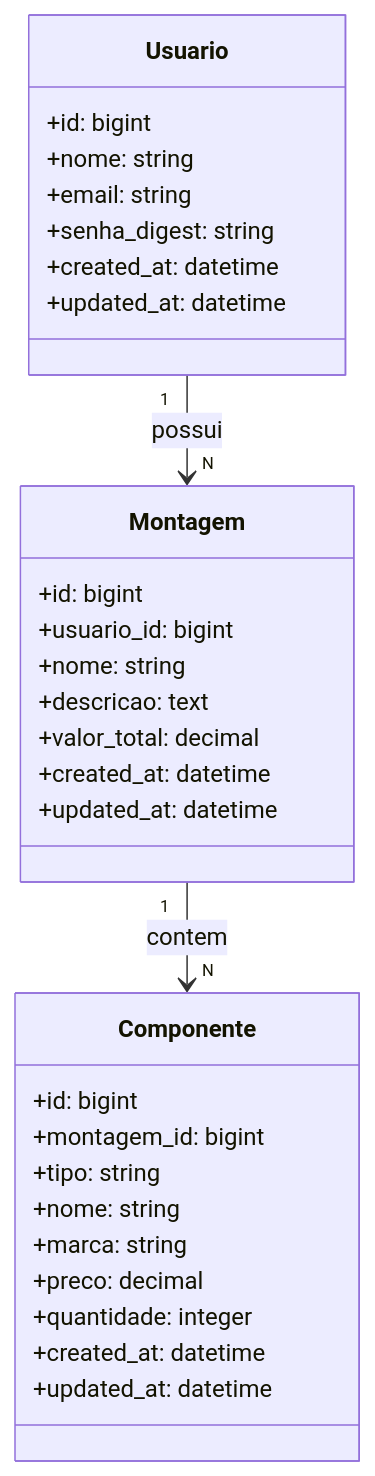
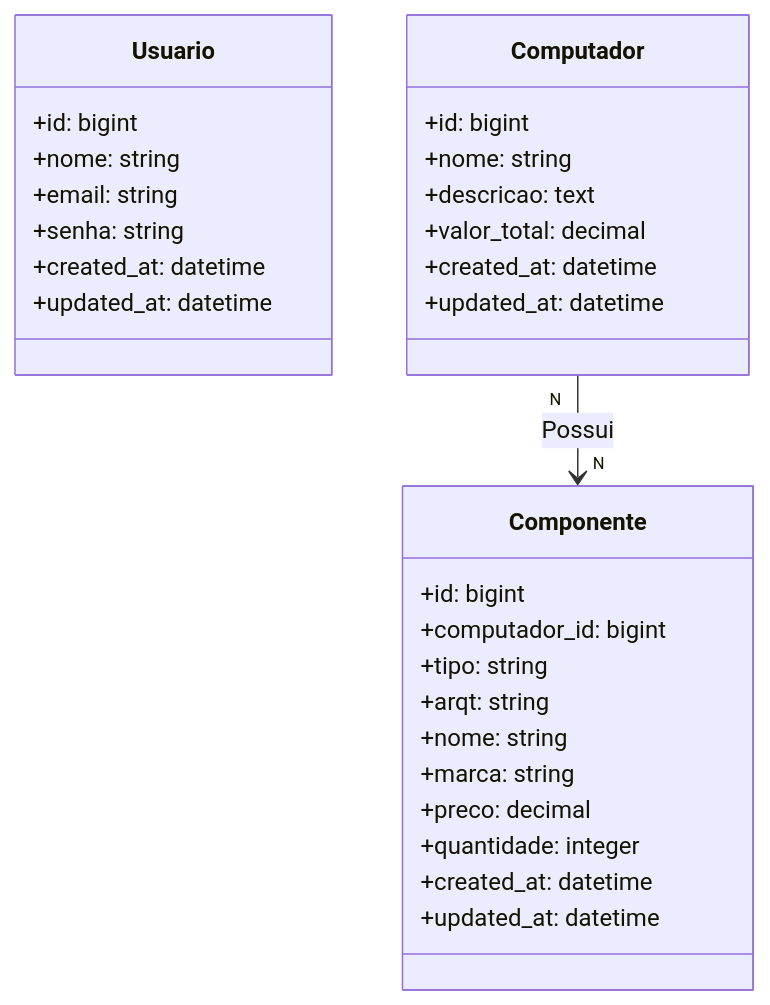
The diagram in README.md (joaovictorprudencio/monte_seu_pc-), drawn with Mermaid before and after one commit. The commit also changed other lines of this file, not shown here.

````diff
--- a/README.md
+++ b/README.md
@@ -2,36 +2,38 @@
 ```mermaid
 classDiagram
     class Usuario {
         +id: bigint
         +nome: string
         +email: string
-        +senha_digest: string
+        +senha: string
         +created_at: datetime
         +updated_at: datetime
     }
 
-    class Montagem {
+    class Computador {
         +id: bigint
-        +usuario_id: bigint
         +nome: string
         +descricao: text
         +valor_total: decimal
         +created_at: datetime
         +updated_at: datetime
     }
 
     class Componente {
         +id: bigint
-        +montagem_id: bigint
+        +computador_id: bigint
         +tipo: string
+        +arqt: string
         +nome: string
         +marca: string
         +preco: decimal
         +quantidade: integer
         +created_at: datetime
         +updated_at: datetime
     }
 
-    Usuario "1" --> "N" Montagem : possui
-    Montagem "1" --> "N" Componente : contem
+
+   
+    Computador "N" --> "N" Componente : Possui  
+
 ```
````
